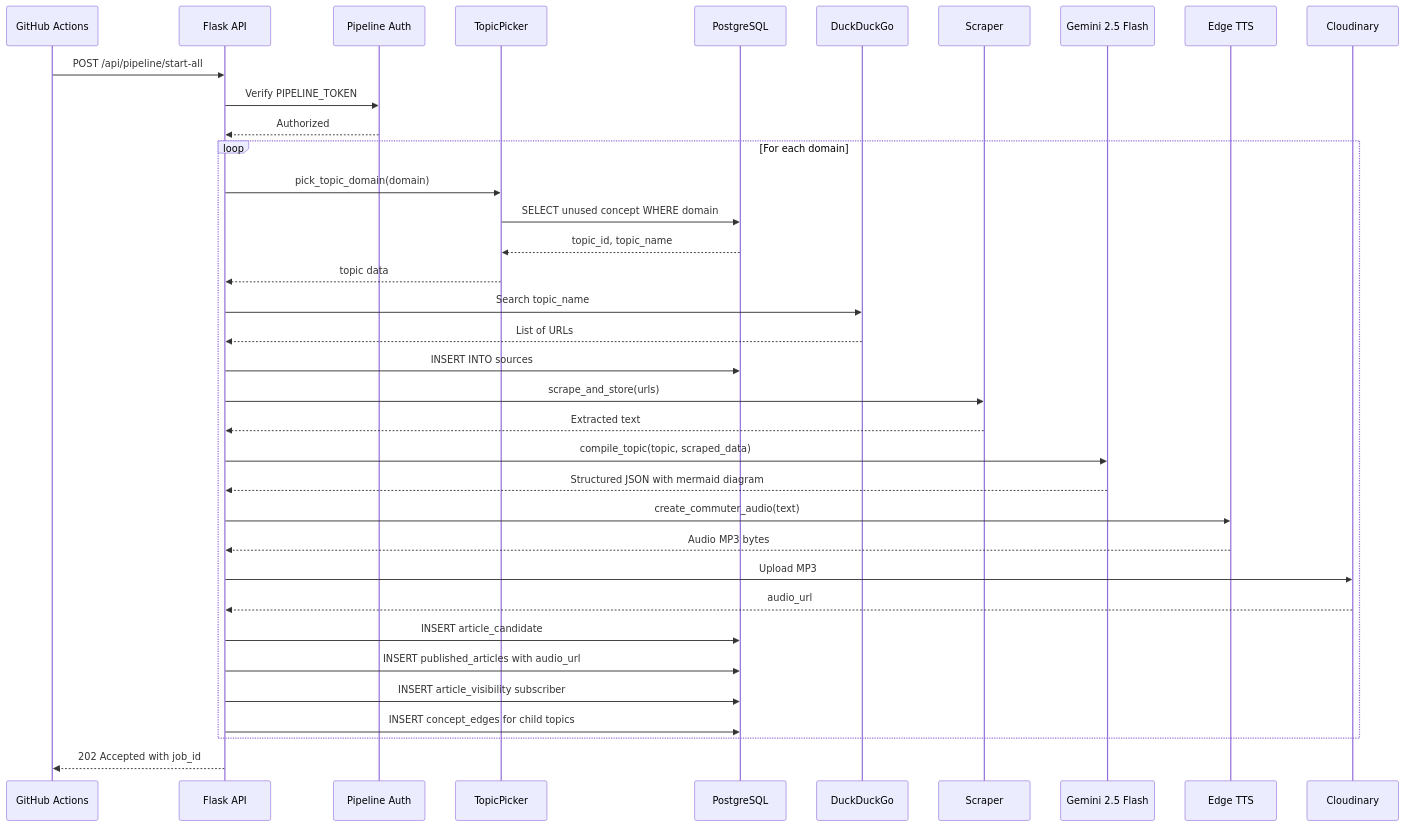
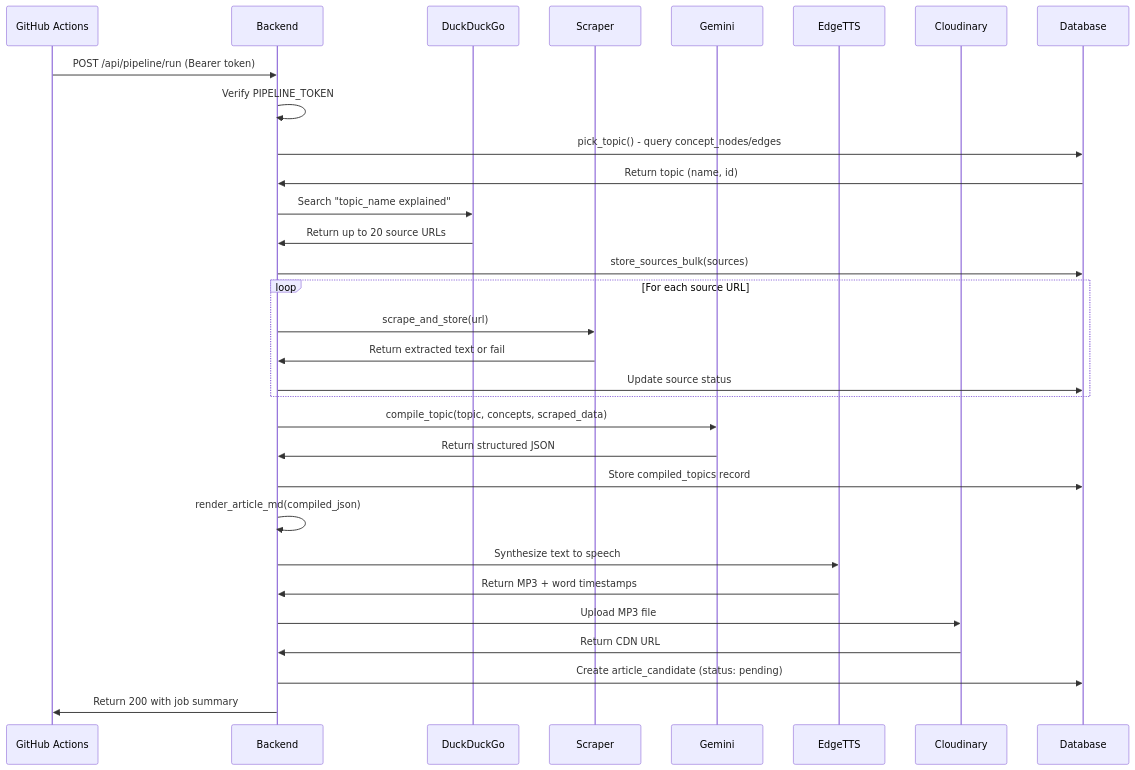
One commit to pradnyeshbhalekar/looplearn-fe changed the ninth of 13 diagrams in blackbook.md. Above: the diagram before and after it, drawn with Mermaid. The commit also changed other lines of this file, not shown here.

````diff
--- a/blackbook.md
+++ b/blackbook.md
@@ -511,46 +1064,34 @@
 ```mermaid
 sequenceDiagram
     participant GH as GitHub Actions
-    participant API as Flask API
-    participant Auth as Pipeline Auth
-    participant TP as TopicPicker
-    participant DB as PostgreSQL
+    participant Backend
     participant DDG as DuckDuckGo
-    participant Scraper as Scraper
-    participant Gemini as Gemini 2.5 Flash
-    participant TTS as Edge TTS
-    participant Cloud as Cloudinary
+    participant Scraper
+    participant Gemini
+    participant EdgeTTS
+    participant Cloudinary
+    participant Database
 
-    GH->>API: POST /api/pipeline/start-all
-    API->>Auth: Verify PIPELINE_TOKEN
-    Auth-->>API: Authorized
-
-    loop For each domain
-        API->>TP: pick_topic_domain(domain)
-        TP->>DB: SELECT unused concept WHERE domain
-        DB-->>TP: topic_id, topic_name
-        TP-->>API: topic data
-
-        API->>DDG: Search topic_name
-        DDG-->>API: List of URLs
-        API->>DB: INSERT INTO sources
-
-        API->>Scraper: scrape_and_store(urls)
-        Scraper-->>API: Extracted text
-
-        API->>Gemini: compile_topic(topic, scraped_data)
-        Gemini-->>API: Structured JSON with mermaid diagram
-
-        API->>TTS: create_commuter_audio(text)
-        TTS-->>API: Audio MP3 bytes
-        API->>Cloud: Upload MP3
-        Cloud-->>API: audio_url
-
-        API->>DB: INSERT article_candidate
-        API->>DB: INSERT published_articles with audio_url
-        API->>DB: INSERT article_visibility subscriber
-        API->>DB: INSERT concept_edges for child topics
+    GH->>Backend: POST /api/pipeline/run (Bearer token)
+    Backend->>Backend: Verify PIPELINE_TOKEN
+    Backend->>Database: pick_topic() - query concept_nodes/edges
+    Database->>Backend: Return topic (name, id)
+    Backend->>DDG: Search "topic_name explained"
+    DDG->>Backend: Return up to 20 source URLs
+    Backend->>Database: store_sources_bulk(sources)
+    loop For each source URL
+        Backend->>Scraper: scrape_and_store(url)
+        Scraper->>Backend: Return extracted text or fail
+        Backend->>Database: Update source status
     end
-
-    API-->>GH: 202 Accepted with job_id
+    Backend->>Gemini: compile_topic(topic, concepts, scraped_data)
+    Gemini->>Backend: Return structured JSON
+    Backend->>Database: Store compiled_topics record
+    Backend->>Backend: render_article_md(compiled_json)
+    Backend->>EdgeTTS: Synthesize text to speech
+    EdgeTTS->>Backend: Return MP3 + word timestamps
+    Backend->>Cloudinary: Upload MP3 file
+    Cloudinary->>Backend: Return CDN URL
+    Backend->>Database: Create article_candidate (status: pending)
+    Backend->>GH: Return 200 with job summary
 ```
````
